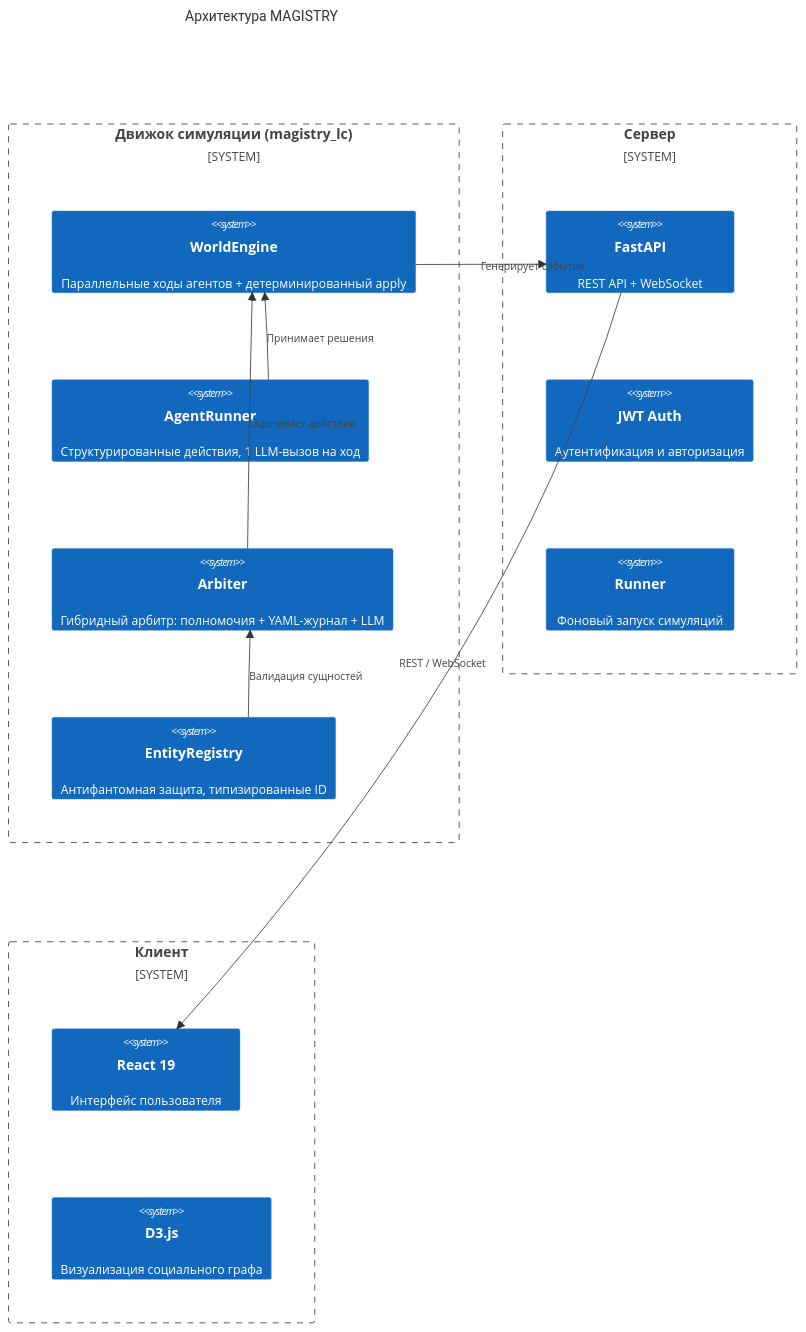
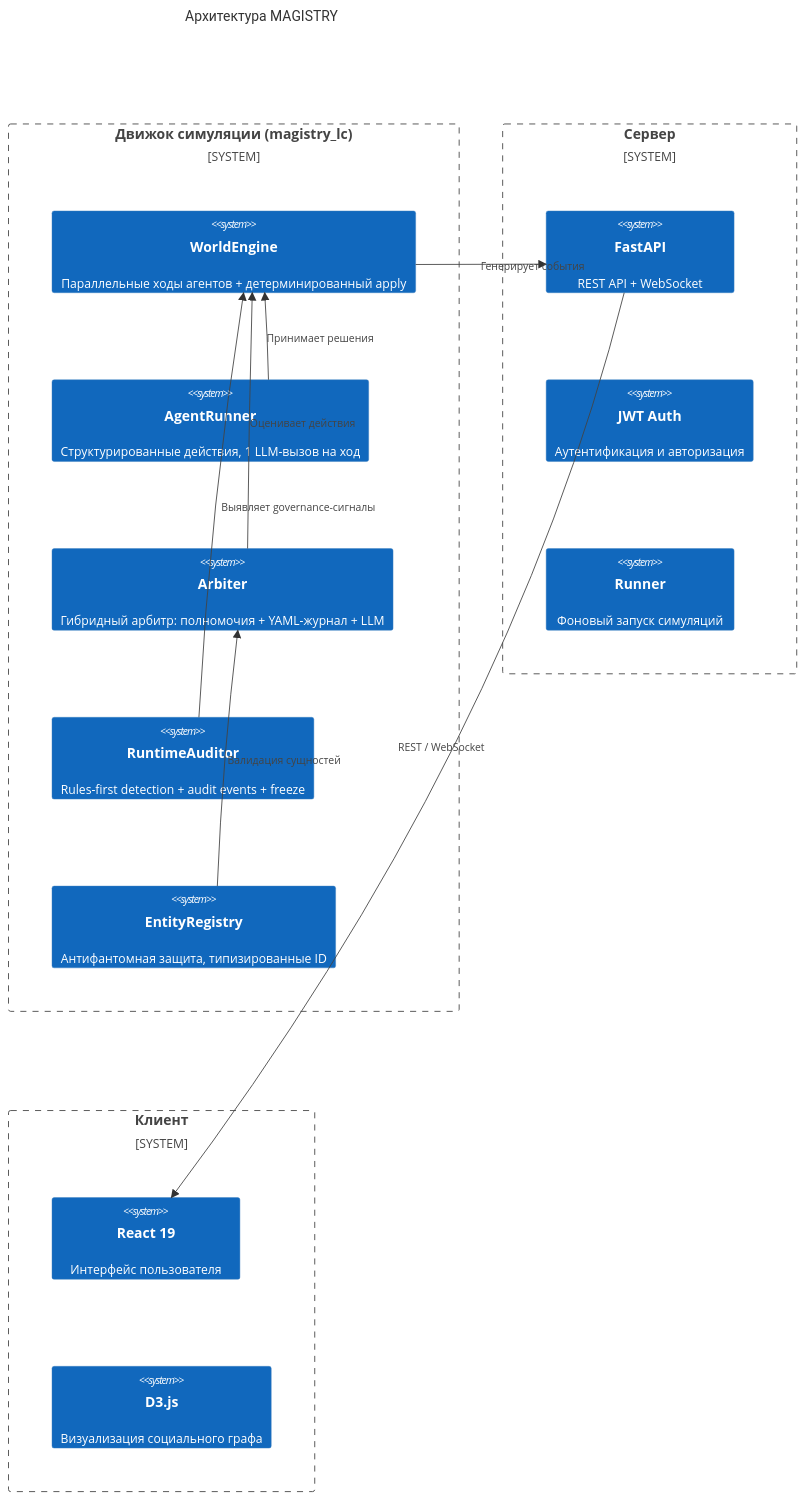
The diagram in docs/overview.md (gliseop/SPHERE), drawn with Mermaid before and after one commit. The commit also changed other lines of this file and 17 other files, not shown here.

First line of the commit message:
feat: introduce RuntimeAuditor for governance signal detection

````diff
--- a/docs/overview.md
+++ b/docs/overview.md
@@ -13,28 +13,30 @@
 ```mermaid
 C4Context
     title Архитектура MAGISTRY
 
     System_Boundary(engine, "Движок симуляции (magistry_lc)") {
         System(eng, "WorldEngine", "Параллельные ходы агентов + детерминированный apply")
         System(agent, "AgentRunner", "Структурированные действия, 1 LLM-вызов на ход")
         System(arb, "Arbiter", "Гибридный арбитр: полномочия + YAML-журнал + LLM")
+        System(aud, "RuntimeAuditor", "Rules-first detection + audit events + freeze")
         System(ent, "EntityRegistry", "Антифантомная защита, типизированные ID")
     }
 
     System_Boundary(server, "Сервер") {
         System(api, "FastAPI", "REST API + WebSocket")
         System(auth, "JWT Auth", "Аутентификация и авторизация")
         System(runner, "Runner", "Фоновый запуск симуляций")
     }
 
     System_Boundary(client, "Клиент") {
         System(react, "React 19", "Интерфейс пользователя")
         System(d3, "D3.js", "Визуализация социального графа")
     }
 
     Rel(eng, api, "Генерирует события")
     Rel(api, react, "REST / WebSocket")
     Rel(agent, eng, "Принимает решения")
     Rel(arb, eng, "Оценивает действия")
+    Rel(aud, eng, "Выявляет governance-сигналы")
     Rel(ent, arb, "Валидация сущностей")
 ```
````
